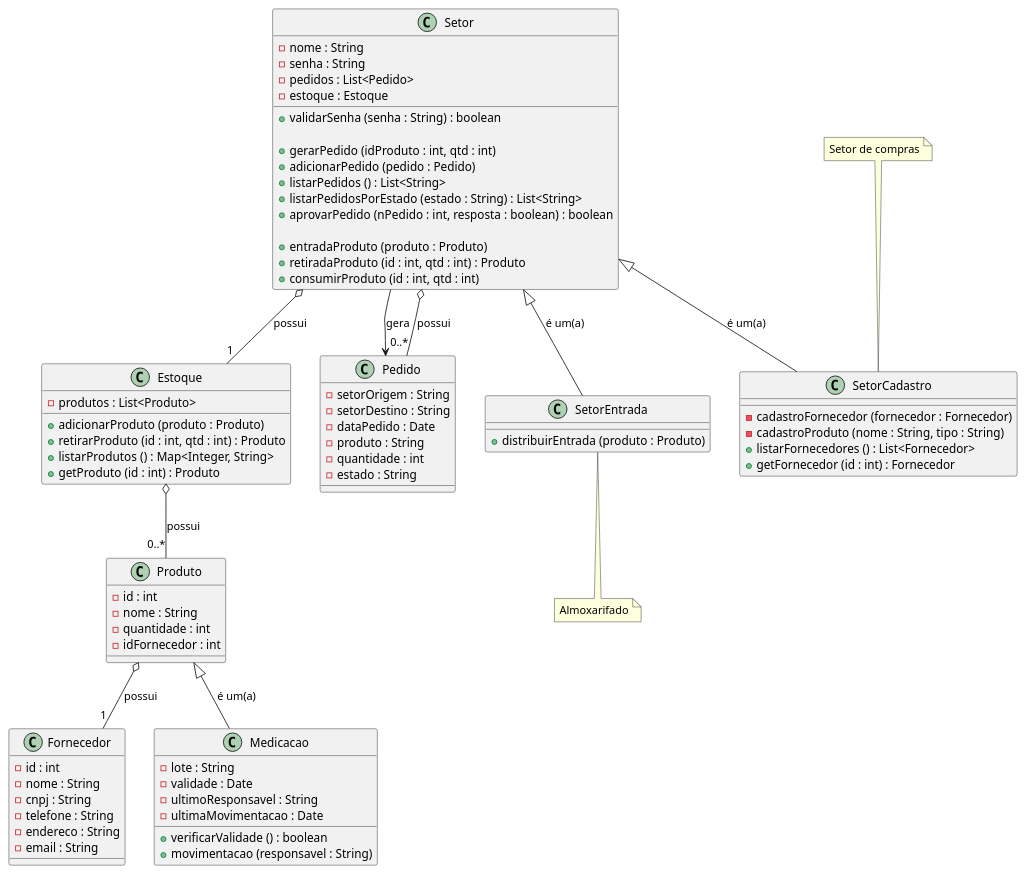
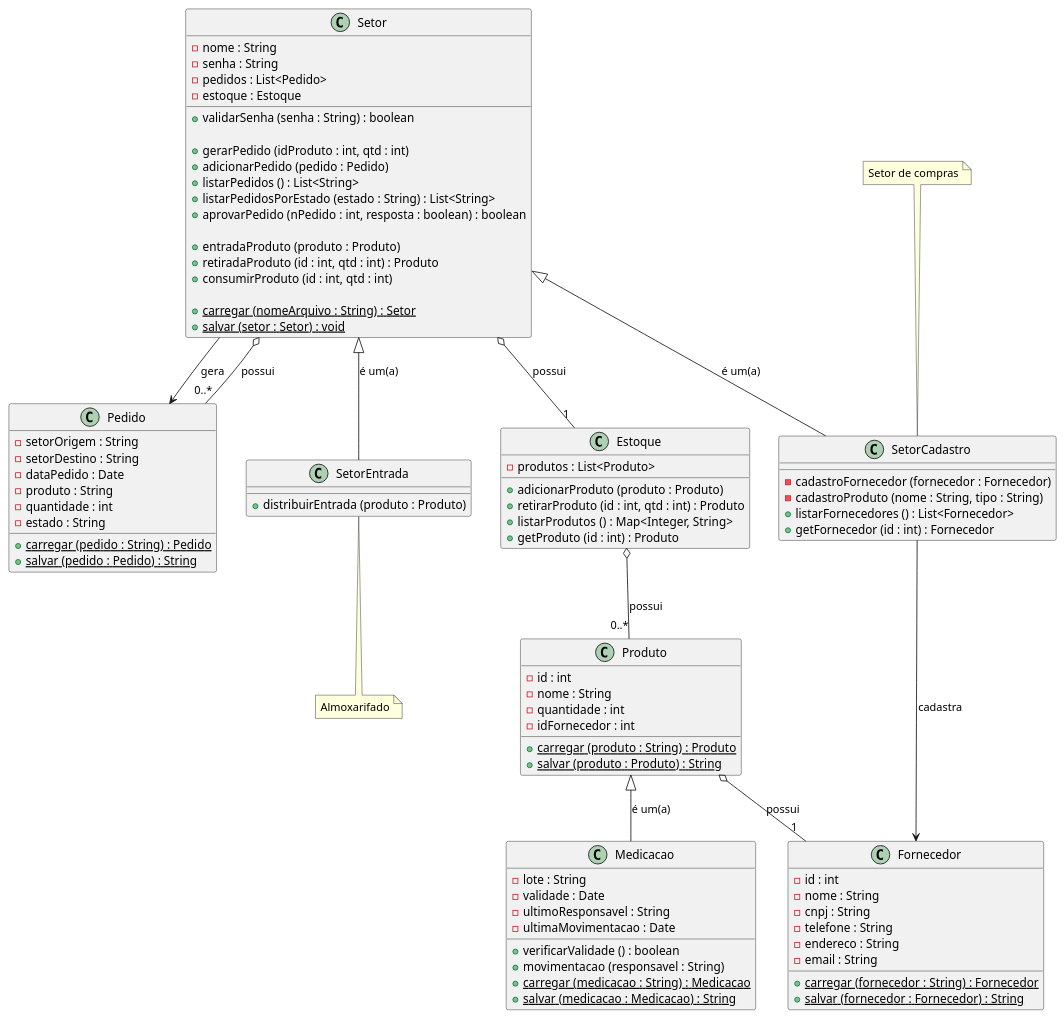
The diagram in plant.puml (B4Hive/HealthStock), drawn with PlantUML before and after one commit. The commit also changed 6 other files, not shown here.

Commit message:
Implement static carregar and salvar methods for Fornecedor, Produto, Medicacao, and Estoque classes; update estoque.csv to correct Medicamento to Medicacao; remove obsolete AppTest class.

```diff
--- a/plant.puml
+++ b/plant.puml
@@ -1,99 +1,113 @@
 @startuml HealthStock
 
 class Fornecedor {
   - id : int
   - nome : String
   - cnpj : String
   - telefone : String
   - endereco : String
   - email : String
+  + {static} carregar (fornecedor : String) : Fornecedor
+  + {static} salvar (fornecedor : Fornecedor) : String
 }
 
 class Produto {
   - id : int
   - nome : String
   - quantidade : int
   - idFornecedor : int
+  + {static} carregar (produto : String) : Produto
+  + {static} salvar (produto : Produto) : String
 }
 
 class Medicacao {
   - lote : String
   - validade : Date
   - ultimoResponsavel : String
   - ultimaMovimentacao : Date
   + verificarValidade () : boolean
   + movimentacao (responsavel : String)
+  + {static} carregar (medicacao : String) : Medicacao
+  + {static} salvar (medicacao : Medicacao) : String
 }
 
 class Estoque {
   - produtos : List<Produto>
   + adicionarProduto (produto : Produto)
   + retirarProduto (id : int, qtd : int) : Produto
   + listarProdutos () : Map<Integer, String>
   + getProduto (id : int) : Produto
 }
 
 class Pedido {
   - setorOrigem : String
   - setorDestino : String
   - dataPedido : Date
   - produto : String
   - quantidade : int
   - estado : String
+
+  + {static} carregar (pedido : String) : Pedido
+  + {static} salvar (pedido : Pedido) : String
 }
 
 class Setor {
   - nome : String
   - senha : String
   - pedidos : List<Pedido>
   - estoque : Estoque
 
   + validarSenha (senha : String) : boolean
 
   + gerarPedido (idProduto : int, qtd : int)
   + adicionarPedido (pedido : Pedido)
   + listarPedidos () : List<String>
   + listarPedidosPorEstado (estado : String) : List<String>
   + aprovarPedido (nPedido : int, resposta : boolean) : boolean 
 
   + entradaProduto (produto : Produto)
   + retiradaProduto (id : int, qtd : int) : Produto
   + consumirProduto (id : int, qtd : int)
+
+  + {static} carregar (nomeArquivo : String) : Setor
+  + {static} salvar (setor : Setor) : void
 }
 
 class SetorEntrada {
   + distribuirEntrada (produto : Produto)
 }
 
 class SetorCadastro {
   - cadastroFornecedor (fornecedor : Fornecedor)
   - cadastroProduto (nome : String, tipo : String)
   + listarFornecedores () : List<Fornecedor>
   + getFornecedor (id : int) : Fornecedor
 }
 
 Setor <|-- SetorEntrada : é um(a)
 
 Setor <|-- SetorCadastro : é um(a)
 
 Produto <|-- Medicacao : é um(a)
 
 Produto o-- "1" Fornecedor : possui
 
 Setor o-- "1" Estoque : possui
 
 Setor --> Pedido : gera
 
 Setor o-- "0..*" Pedido : possui
 
 Estoque o-- "0..*" Produto : possui
 
+SetorCadastro --> Fornecedor : cadastra
+
 note top of SetorCadastro
   Setor de compras
 end note
 
 note bottom of SetorEntrada
   Almoxarifado
 end note
 
 @enduml
```
